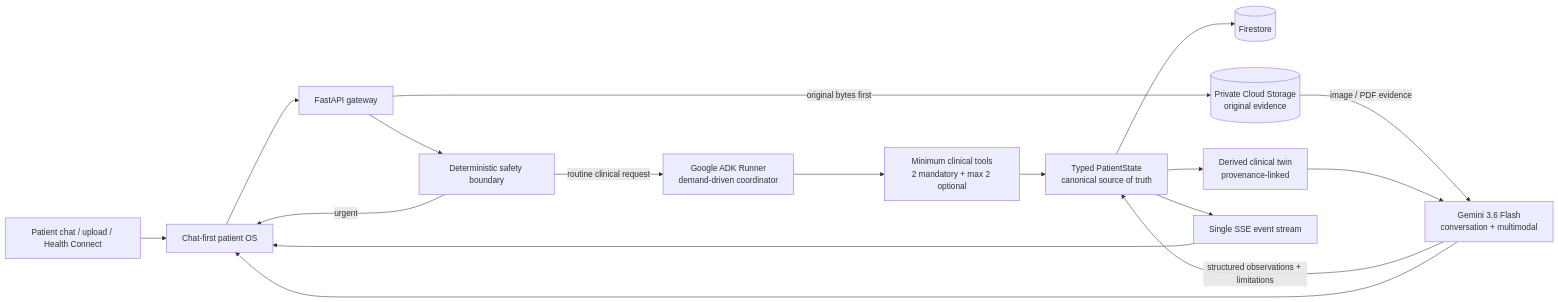
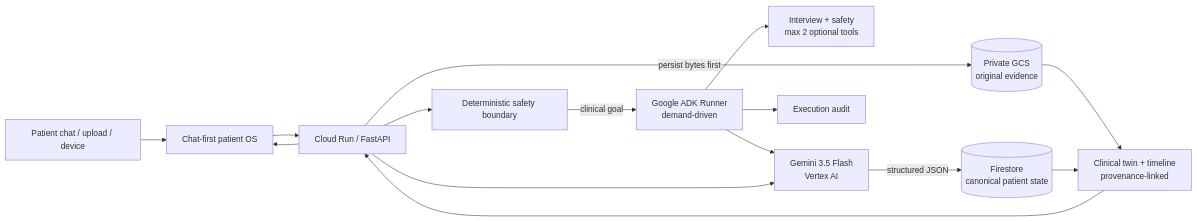
The first of 2 diagrams in docs/ARCHITECTURE.md (arisnachy/healthia-one), drawn with Mermaid before and after one commit. The commit also changed other lines of this file, not shown here.

Commit message:
docs: align architecture with Vertex 3.5 and closed-loop Taskmaster

````diff
--- a/docs/ARCHITECTURE.md
+++ b/docs/ARCHITECTURE.md
@@ -5,27 +5,25 @@
 ```mermaid
 flowchart LR
-    PATIENT[Patient chat / upload / Health Connect]
+    PATIENT[Patient chat / upload / device]
     UI[Chat-first patient OS]
-    API[FastAPI gateway]
+    RUN[Cloud Run / FastAPI]
     SAFE[Deterministic safety boundary]
-    ADK[Google ADK Runner\ndemand-driven coordinator]
-    TOOLS[Minimum clinical tools\n2 mandatory + max 2 optional]
-    STATE[Typed PatientState\ncanonical source of truth]
-    FS[(Firestore)]
-    GCS[(Private Cloud Storage\noriginal evidence)]
-    TWIN[Derived clinical twin\nprovenance-linked]
-    GEMINI[Gemini 3.6 Flash\nconversation + multimodal]
-    SSE[Single SSE event stream]
+    ADK[Google ADK Runner\ndemand-driven]
+    TOOLS[Interview + safety\nmax 2 optional tools]
+    VTX[Gemini 3.5 Flash\nVertex AI]
+    FS[(Firestore\ncanonical patient state)]
+    GCS[(Private GCS\noriginal evidence)]
+    TWIN[Clinical twin + timeline\nprovenance-linked]
+    AUDIT[Execution audit]
 
-    PATIENT --> UI --> API --> SAFE
-    SAFE -->|routine clinical request| ADK --> TOOLS --> STATE
-    SAFE -->|urgent| UI
-    API -->|original bytes first| GCS
-    GCS -->|image / PDF evidence| GEMINI
-    GEMINI -->|structured observations + limitations| STATE
-    STATE --> FS
-    STATE --> TWIN
-    TWIN --> GEMINI
-    GEMINI --> UI
-    STATE --> SSE --> UI
+    PATIENT --> UI --> RUN --> SAFE
+    SAFE -->|clinical goal| ADK --> TOOLS
+    ADK --> VTX
+    RUN -->|persist bytes first| GCS
+    RUN --> VTX
+    VTX -->|structured JSON| FS
+    GCS --> TWIN
+    FS --> TWIN
+    ADK --> AUDIT
+    TWIN --> RUN --> UI
 ```
````
